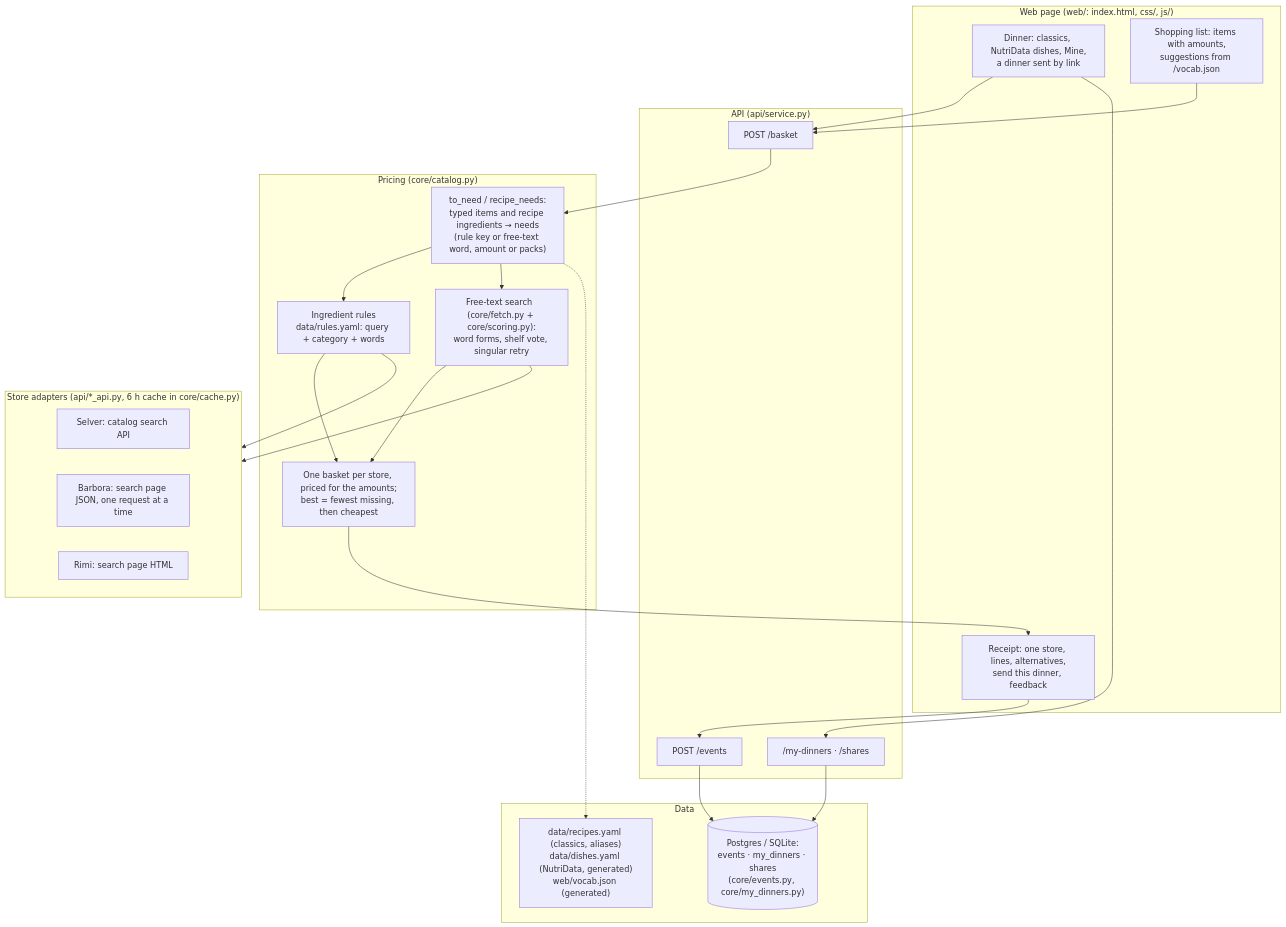
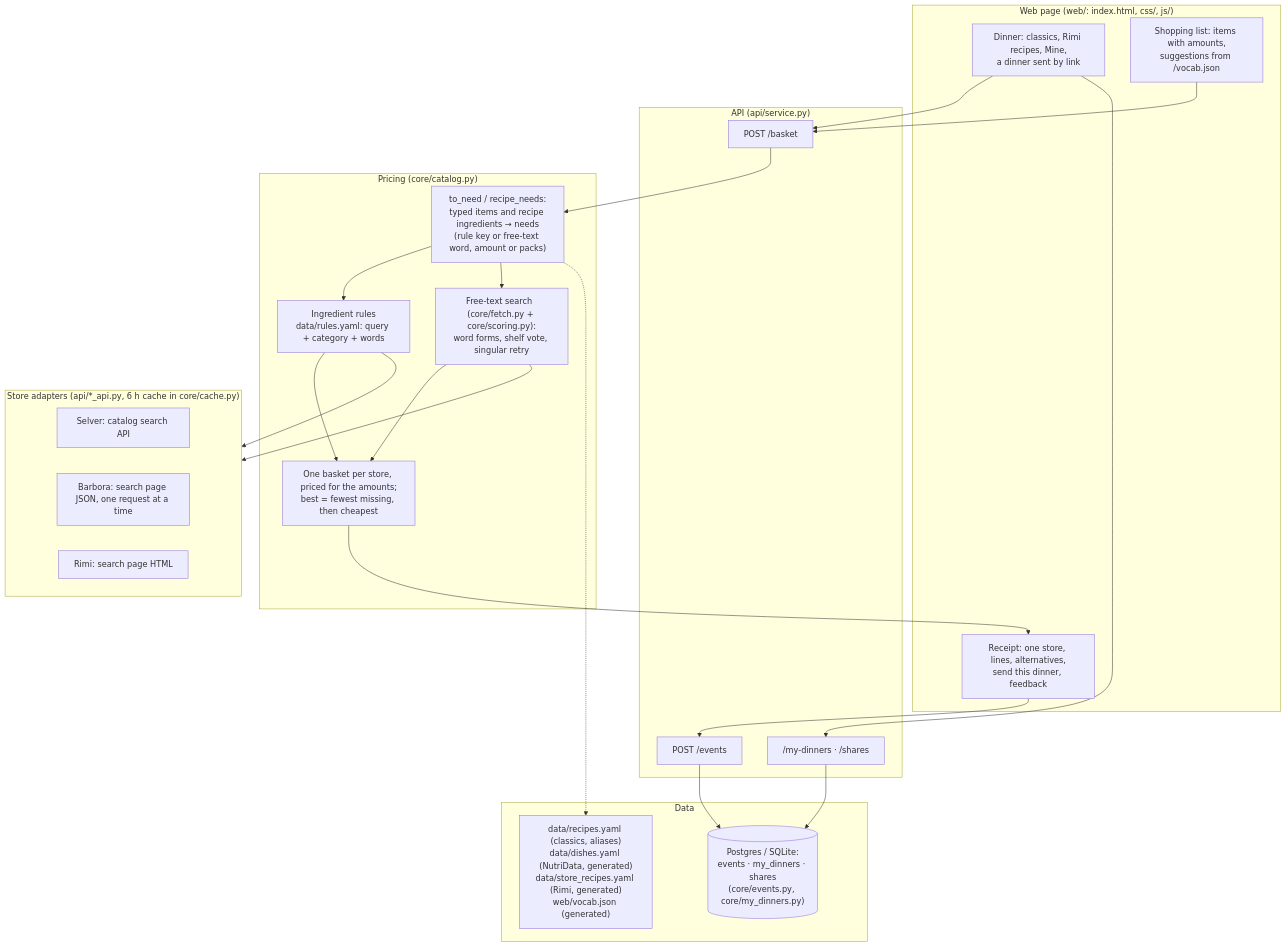
The diagram in diagram.md (andreasordano/grocery), drawn with Mermaid before and after one commit. The commit also changed other lines of this file and 17 other files, not shown here.

First line of the commit message:
Dinner cards with photos, + and a magnifier; weeknight dinners from Rimi's recipe pages

````diff
--- a/diagram.md
+++ b/diagram.md
@@ -6,42 +6,42 @@
 ```mermaid
 flowchart TD
     subgraph WEB["Web page  (web/: index.html, css/, js/)"]
-        D["Dinner: classics, NutriData dishes, Mine,<br/>a dinner sent by link"]
+        D["Dinner: classics, Rimi recipes, Mine,<br/>a dinner sent by link"]
         L["Shopping list: items with amounts,<br/>suggestions from /vocab.json"]
         R["Receipt: one store, lines, alternatives,<br/>send this dinner, feedback"]
     end
 
     subgraph API["API  (api/service.py)"]
         B["POST /basket"]
         M["/my-dinners · /shares"]
         E["POST /events"]
     end
 
     subgraph CORE["Pricing  (core/catalog.py)"]
         N["to_need / recipe_needs:<br/>typed items and recipe ingredients → needs<br/>(rule key or free-text word, amount or packs)"]
         RU["Ingredient rules<br/>data/rules.yaml: query + category + words"]
         FT["Free-text search  (core/fetch.py + core/scoring.py):<br/>word forms, shelf vote, singular retry"]
         BK["One basket per store, priced for the amounts;<br/>best = fewest missing, then cheapest"]
     end
 
     subgraph STORES["Store adapters  (api/*_api.py, 6 h cache in core/cache.py)"]
         S1["Selver: catalog search API"]
         S2["Barbora: search page JSON, one request at a time"]
         S3["Rimi: search page HTML"]
     end
 
     subgraph DATA["Data"]
-        Y["data/recipes.yaml (classics, aliases)<br/>data/dishes.yaml (NutriData, generated)<br/>web/vocab.json (generated)"]
+        Y["data/recipes.yaml (classics, aliases)<br/>data/dishes.yaml (NutriData, generated)<br/>data/store_recipes.yaml (Rimi, generated)<br/>web/vocab.json (generated)"]
         DB[("Postgres / SQLite:<br/>events · my_dinners · shares<br/>(core/events.py, core/my_dinners.py)")]
     end
 
     D --> B
     L --> B
     B --> N --> RU --> STORES
     N --> FT --> STORES
     RU --> BK
     FT --> BK --> R
     D --> M --> DB
     R --> E --> DB
     N -.-> Y
 ```
````
